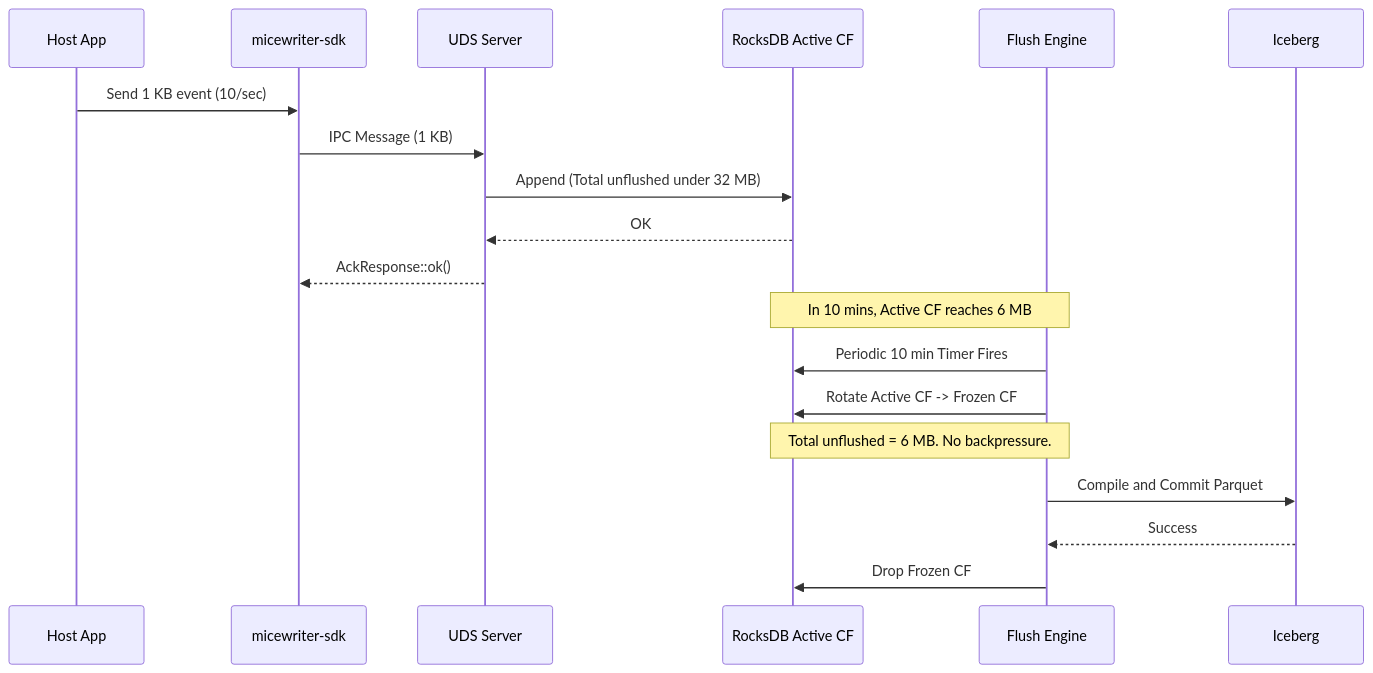
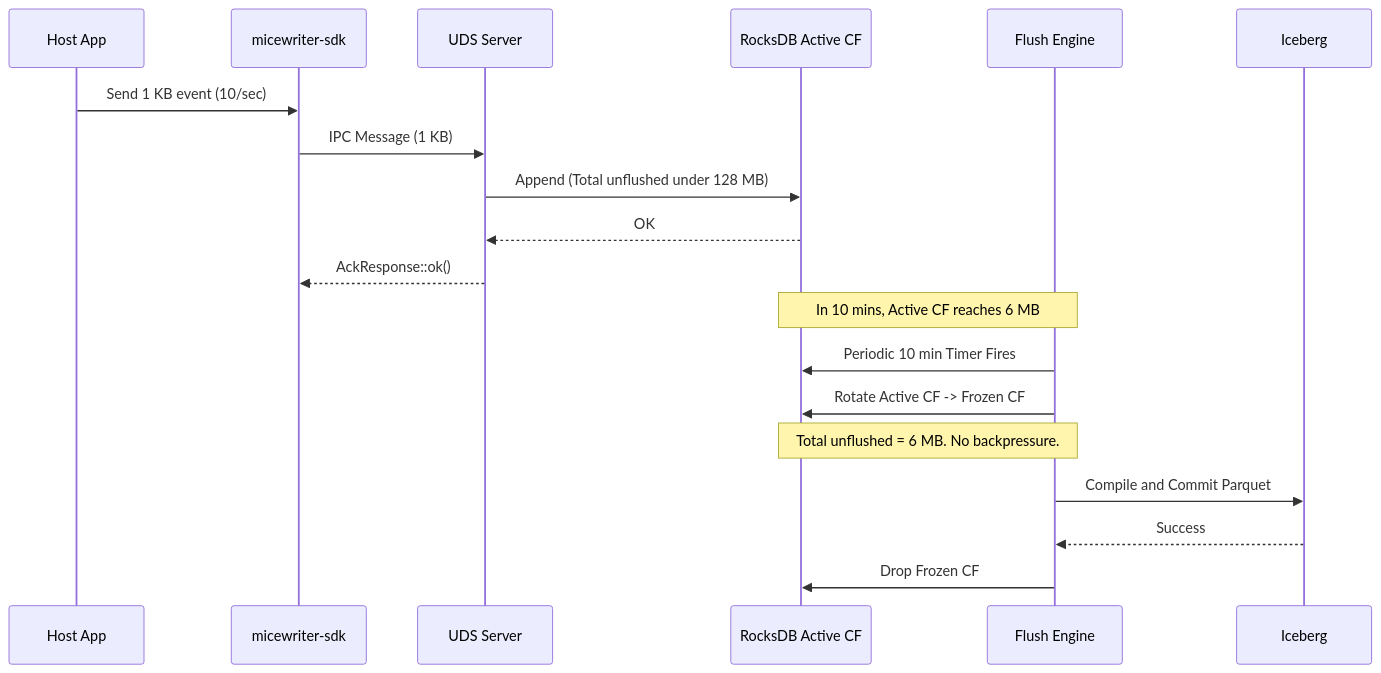
The first of 2 diagrams in docs/limits-and-backpressure.md (markovarghese/micewriter-hub), drawn with Mermaid before and after one commit. The commit also changed other lines of this file and 2 other files, not shown here.

Commit message:
docs: update mermaid diagrams and text to reflect 128MB/74MBs streaming limits

````diff
--- a/docs/limits-and-backpressure.md
+++ b/docs/limits-and-backpressure.md
@@ -67,21 +67,21 @@
 ```mermaid
 sequenceDiagram
     participant App as Host App
     participant SDK as micewriter-sdk
     participant UDS as UDS Server
     participant ActiveCF as RocksDB Active CF
     participant Flush as Flush Engine
     participant Iceberg
     App->>SDK: Send 1 KB event (10/sec)
     SDK->>UDS: IPC Message (1 KB)
-    UDS->>ActiveCF: Append (Total unflushed under 32 MB)
+    UDS->>ActiveCF: Append (Total unflushed under 128 MB)
     ActiveCF-->>UDS: OK
     UDS-->>SDK: AckResponse::ok()
     Note over ActiveCF,Flush: In 10 mins, Active CF reaches 6 MB
     Flush->>ActiveCF: Periodic 10 min Timer Fires
     Flush->>ActiveCF: Rotate Active CF -> Frozen CF
     Note over ActiveCF,Flush: Total unflushed = 6 MB. No backpressure.
     Flush->>Iceberg: Compile and Commit Parquet
     Iceberg-->>Flush: Success
     Flush->>ActiveCF: Drop Frozen CF
 ```
````
